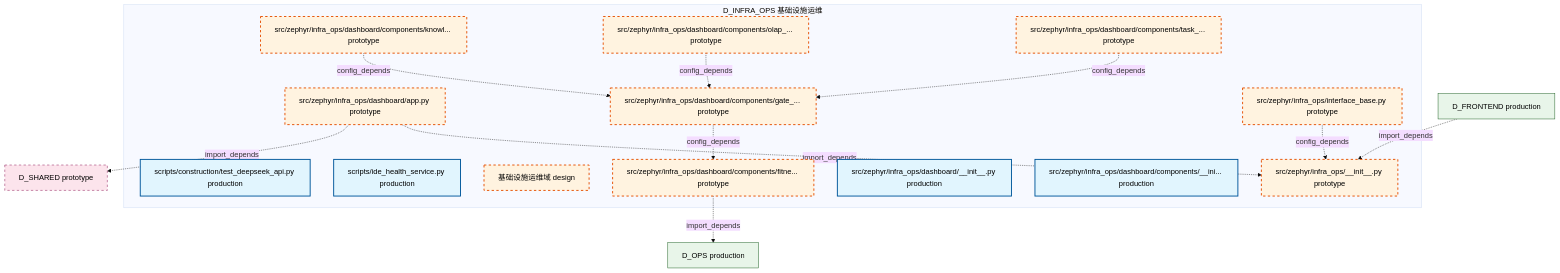
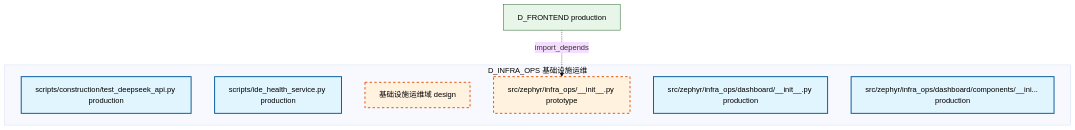
The diagram in docs/02_enterprise_architecture/02_domain_architecture_docs/02_d_infra_ops.md (xuanFelixVan/ZephyrAlpha), drawn with Mermaid (base theme) before and after one commit. The commit also changed other lines of this file and 105 other files, not shown here.

````diff
--- a/docs/02_enterprise_architecture/02_domain_architecture_docs/02_d_infra_ops.md
+++ b/docs/02_enterprise_architecture/02_domain_architecture_docs/02_d_infra_ops.md
@@ -47,38 +47,20 @@
 ```mermaid
 graph TD
     subgraph D_INFRA_OPS["D_INFRA_OPS 基础设施运维"]
         scripts_construction_test_deepseek_api_py["scripts/construction/test_deepseek_api.py production"]
         scripts_ide_health_service_py["scripts/ide_health_service.py production"]
         src_zephyr_infra_ops["基础设施运维域 design"]
         src_zephyr_infra_ops_init_py["src/zephyr/infra_ops/__init__.py prototype"]
         src_zephyr_infra_ops_dashboard_init_py["src/zephyr/infra_ops/dashboard/__init__.py production"]
-        src_zephyr_infra_ops_dashboard_app_py["src/zephyr/infra_ops/dashboard/app.py prototype"]
         src_zephyr_infra_ops_dashboard_components_init_py["src/zephyr/infra_ops/dashboard/components/__ini... production"]
-        src_zephyr_infra_ops_dashboard_components_fitness_functions_py["src/zephyr/infra_ops/dashboard/components/fitne... prototype"]
-        src_zephyr_infra_ops_dashboard_components_gate_statistics_py["src/zephyr/infra_ops/dashboard/components/gate_... prototype"]
-        src_zephyr_infra_ops_dashboard_components_knowledge_overview_py["src/zephyr/infra_ops/dashboard/components/knowl... prototype"]
-        src_zephyr_infra_ops_dashboard_components_olap_trend_py["src/zephyr/infra_ops/dashboard/components/olap_... prototype"]
-        src_zephyr_infra_ops_dashboard_components_task_progress_py["src/zephyr/infra_ops/dashboard/components/task_... prototype"]
-        src_zephyr_infra_ops_interface_base_py["src/zephyr/infra_ops/interface_base.py prototype"]
     end
-    src_zephyr_infra_ops_interface_base_py -.->|config_depends| src_zephyr_infra_ops_init_py
-    src_zephyr_infra_ops_dashboard_app_py -.->|import_depends| src_zephyr_infra_ops_init_py
-    src_zephyr_infra_ops_dashboard_components_gate_statistics_py -.->|config_depends| src_zephyr_infra_ops_dashboard_components_fitness_functions_py
-    src_zephyr_infra_ops_dashboard_components_task_progress_py -.->|config_depends| src_zephyr_infra_ops_dashboard_components_gate_statistics_py
-    src_zephyr_infra_ops_dashboard_components_knowledge_overview_py -.->|config_depends| src_zephyr_infra_ops_dashboard_components_gate_statistics_py
-    src_zephyr_infra_ops_dashboard_components_olap_trend_py -.->|config_depends| src_zephyr_infra_ops_dashboard_components_gate_statistics_py
-    D_SHARED["D_SHARED prototype"]
-    src_zephyr_infra_ops_dashboard_app_py -.->|import_depends| D_SHARED
-    D_OPS["D_OPS production"]
-    src_zephyr_infra_ops_dashboard_components_fitness_functions_py -.->|import_depends| D_OPS
     D_FRONTEND["D_FRONTEND production"]
     D_FRONTEND -.->|import_depends| src_zephyr_infra_ops_init_py
     classDef production fill:#e1f5fe,stroke:#01579b,stroke-width:2px,color:#000
     classDef design fill:#fff3e0,stroke:#e65100,stroke-width:2px,color:#000,stroke-dasharray: 5 5
     classDef external_prod fill:#e8f5e9,stroke:#1b5e20,stroke-width:1px,color:#000
     classDef external_design fill:#fce4ec,stroke:#880e4f,stroke-width:1px,color:#000,stroke-dasharray: 5 5
     class scripts_construction_test_deepseek_api_py,scripts_ide_health_service_py,src_zephyr_infra_ops_dashboard_init_py,src_zephyr_infra_ops_dashboard_components_init_py production
-    class src_zephyr_infra_ops,src_zephyr_infra_ops_init_py,src_zephyr_infra_ops_dashboard_app_py,src_zephyr_infra_ops_dashboard_components_fitness_functions_py,src_zephyr_infra_ops_dashboard_components_gate_statistics_py,src_zephyr_infra_ops_dashboard_components_knowledge_overview_py,src_zephyr_infra_ops_dashboard_components_olap_trend_py,src_zephyr_infra_ops_dashboard_components_task_progress_py,src_zephyr_infra_ops_interface_base_py design
-    class D_OPS,D_FRONTEND external_prod
-    class D_SHARED external_design
+    class src_zephyr_infra_ops,src_zephyr_infra_ops_init_py design
+    class D_FRONTEND external_prod
 ```
````
